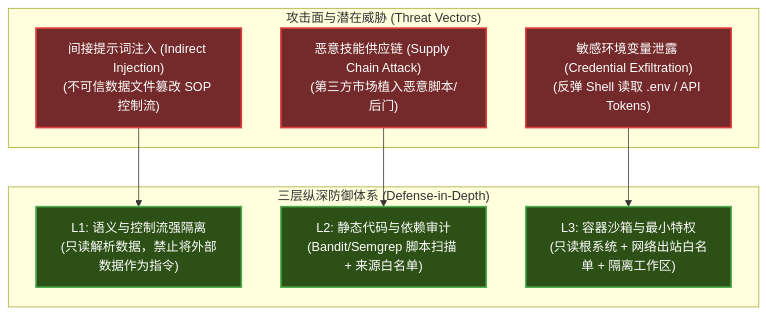
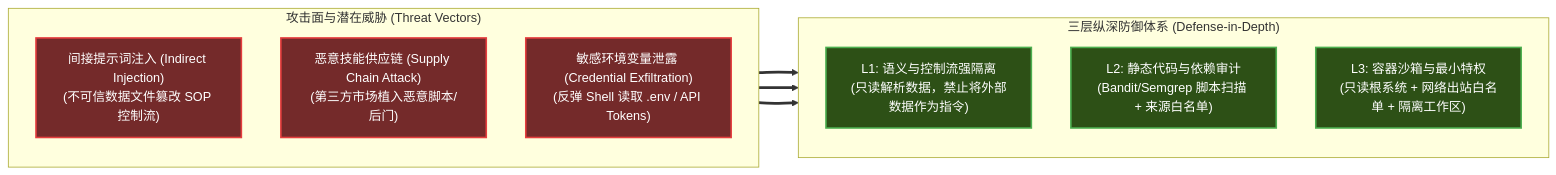
The diagram in skills/anthropic/05-security-and-best-practices.md (atengk/Ateng-AI), drawn with Mermaid before and after one commit. The commit also changed 14 other files, not shown here.

````diff
--- a/skills/anthropic/05-security-and-best-practices.md
+++ b/skills/anthropic/05-security-and-best-practices.md
@@ -17,23 +17,25 @@
 ```mermaid
-flowchart TD
+flowchart LR
     subgraph Attacks["攻击面与潜在威胁 (Threat Vectors)"]
+        direction TB
         IndirectInj["间接提示词注入 (Indirect Injection)<br/>(不可信数据文件篡改 SOP 控制流)"]
         SupplyChain["恶意技能供应链 (Supply Chain Attack)<br/>(第三方市场植入恶意脚本/后门)"]
         EnvLeak["敏感环境变量泄露 (Credential Exfiltration)<br/>(反弹 Shell 读取 .env / API Tokens)"]
     end
 
     subgraph Defense["三层纵深防御体系 (Defense-in-Depth)"]
+        direction TB
         L1Filter["L1: 语义与控制流强隔离<br/>(只读解析数据，禁止将外部数据作为指令)"]
         L2Audit["L2: 静态代码与依赖审计<br/>(Bandit/Semgrep 脚本扫描 + 来源白名单)"]
         L3Sandbox["L3: 容器沙箱与最小特权<br/>(只读根系统 + 网络出站白名单 + 隔离工作区)"]
     end
 
-    IndirectInj --> L1Filter
-    SupplyChain --> L2Audit
-    EnvLeak --> L3Sandbox
+    IndirectInj ==> L1Filter
+    SupplyChain ==> L2Audit
+    EnvLeak ==> L3Sandbox
 
     classDef att fill:#742a2a,stroke:#e53e3e,stroke-width:2px,color:#fff;
     classDef def fill:#2d5016,stroke:#4caf50,stroke-width:2px,color:#fff;
     class IndirectInj,SupplyChain,EnvLeak att;
     class L1Filter,L2Audit,L3Sandbox def;
 ```
````
